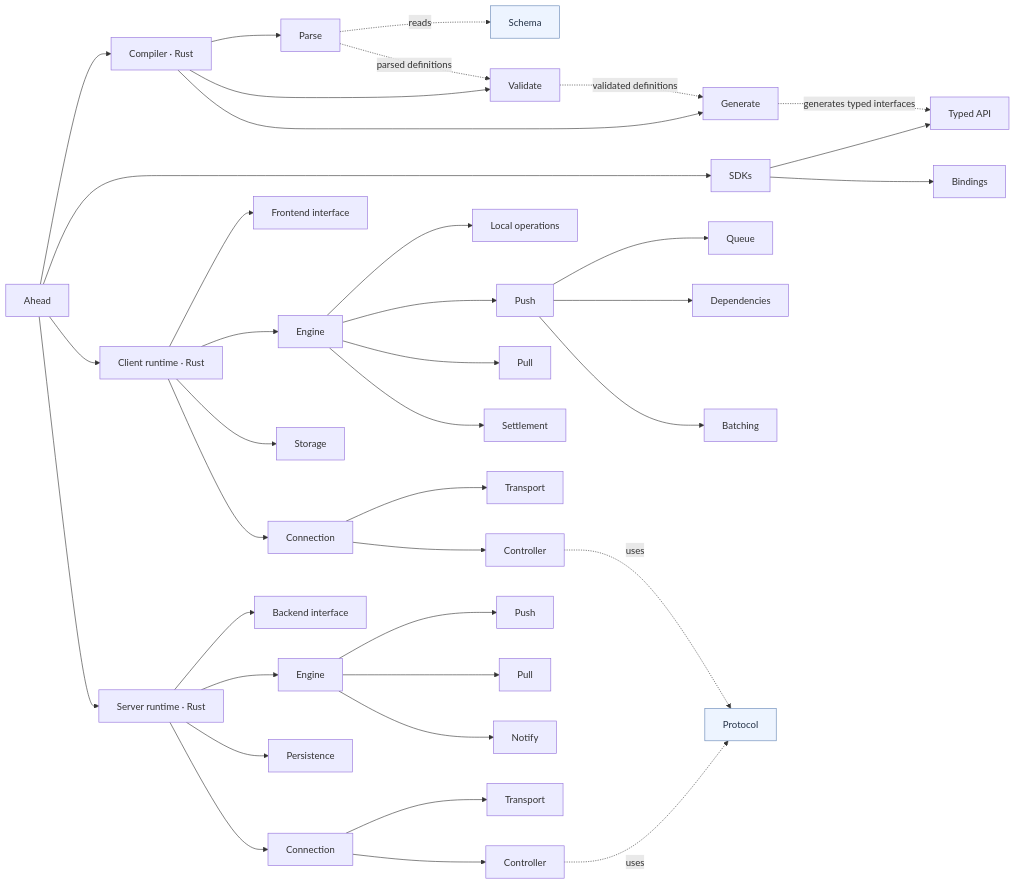
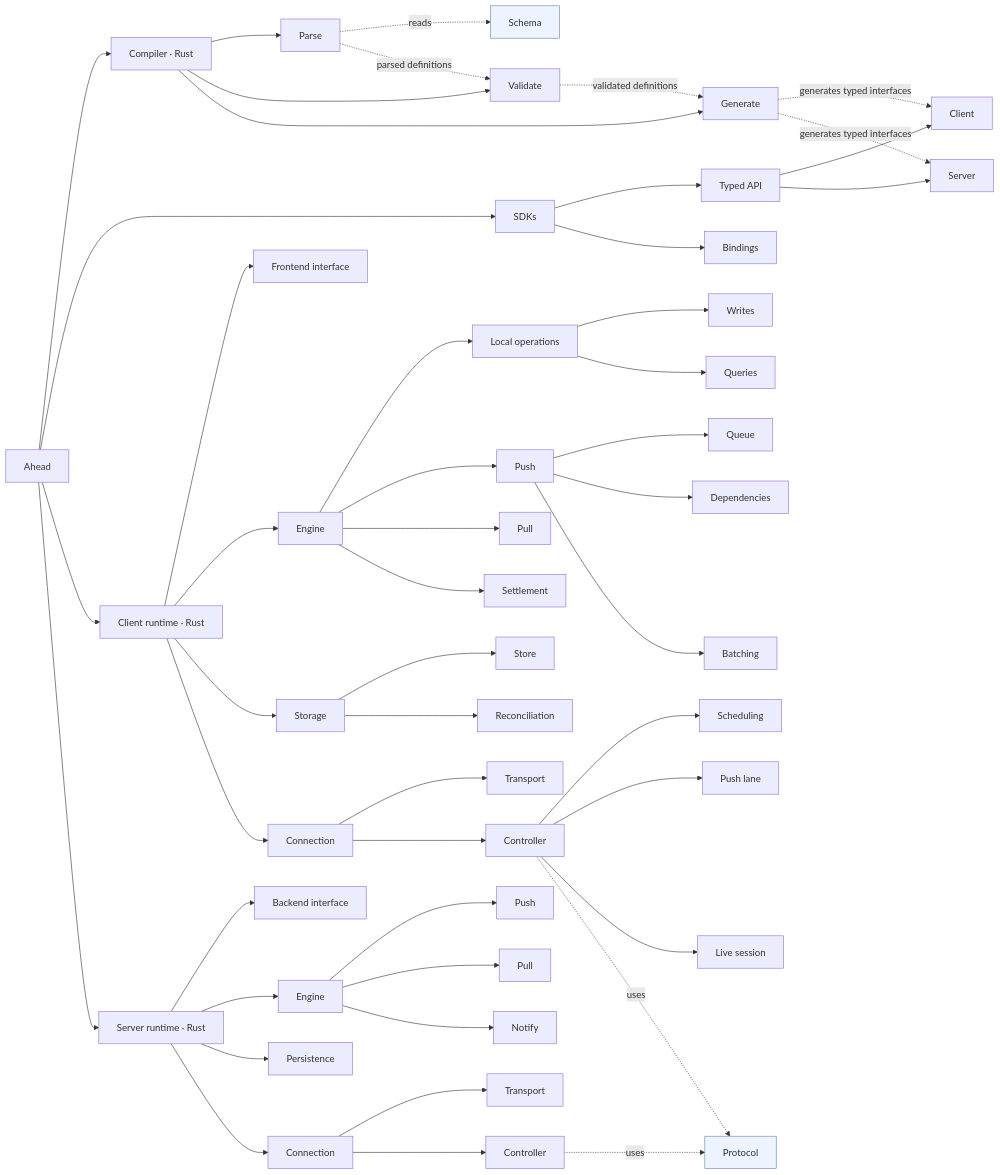
Before and after one commit to steve-z-wang/ahead: the diagram in docs/engineering/architecture.md, drawn with Mermaid. The commit also changed other lines of this file, not shown here.

First line of the commit message:
docs: extend the component tree, graph and code map for the split components

````diff
--- a/docs/engineering/architecture.md
+++ b/docs/engineering/architecture.md
@@ -56,53 +65,63 @@
 ```mermaid
 flowchart LR
     A["Ahead"]
 
     A --> C["Compiler · Rust"]
     C --> CP["Parse"]
     C --> CV["Validate"]
     C --> CG["Generate"]
 
     A --> SDK["SDKs"]
     SDK --> API["Typed API"]
+    API --> APIC["Client"]
+    API --> APIS["Server"]
     SDK --> B["Bindings"]
 
     A --> CL["Client runtime · Rust"]
     CL --> CF["Frontend interface"]
     CL --> CE["Engine"]
     CE --> CEL["Local operations"]
+    CEL --> CELW["Writes"]
+    CEL --> CELQ["Queries"]
     CE --> CEP["Push"]
     CEP --> CEPQ["Queue"]
     CEP --> CEPD["Dependencies"]
     CEP --> CEPB["Batching"]
     CE --> CER["Pull"]
     CE --> CES["Settlement"]
     CL --> CS["Storage"]
+    CS --> CSS["Store"]
+    CS --> CSR["Reconciliation"]
     CL --> CC["Connection"]
     CC --> CCT["Transport"]
     CC --> CCC["Controller"]
+    CCC --> CCCS["Scheduling"]
+    CCC --> CCCP["Push lane"]
+    CCC --> CCCL["Live session"]
 
     A --> SR["Server runtime · Rust"]
     SR --> SB["Backend interface"]
     SR --> SE["Engine"]
     SE --> SEP["Push"]
     SE --> SER["Pull"]
     SE --> SEN["Notify"]
     SR --> SP["Persistence"]
     SR --> SC["Connection"]
     SC --> SCT["Transport"]
     SC --> SCC["Controller"]
 
     SCH["Schema"]
     PRO["Protocol"]
 
     CP -. reads .-> SCH
     CP -. parsed definitions .-> CV
     CV -. validated definitions .-> CG
-    CG -. generates typed interfaces .-> API
+    CG -. generates typed interfaces .-> APIC
+    CG -. generates typed interfaces .-> APIS
 
     CCC -. uses .-> PRO
     SCC -. uses .-> PRO
 
     classDef contract fill:#edf4ff,stroke:#6485b5,color:#243247;
     class SCH,PRO contract;
 ```
````
